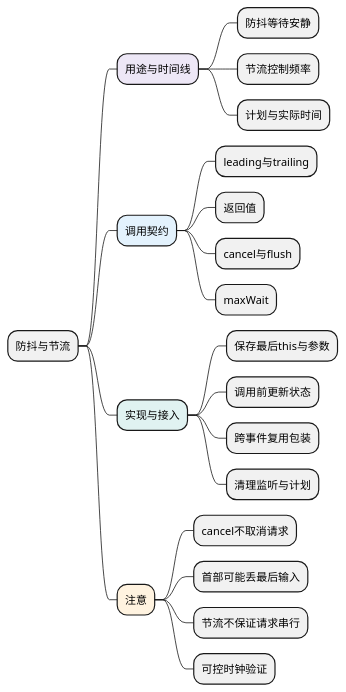
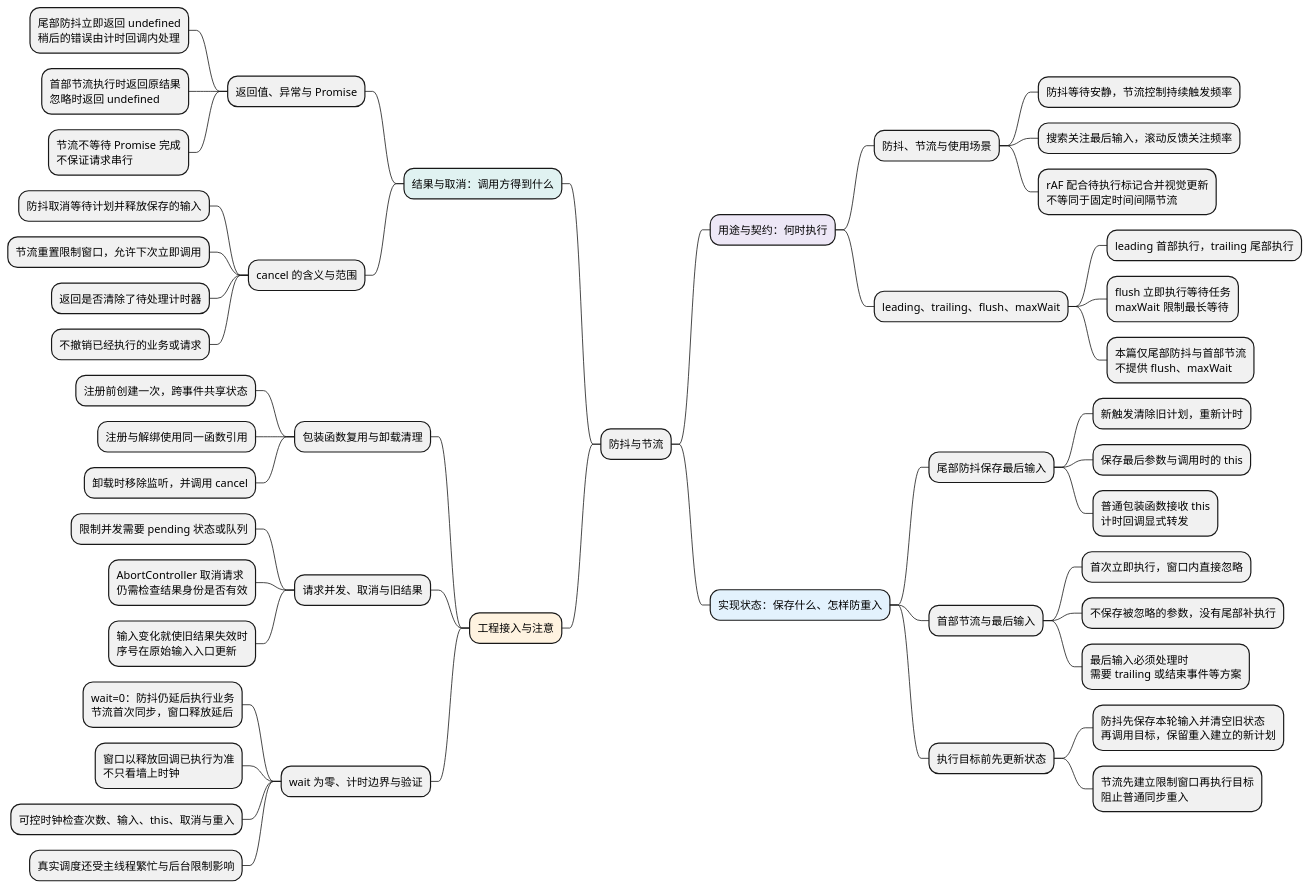
One commit to chenx18/JAVA changed the diagram in docs/AI前端全栈教材/01_JavaScript/05_模块化与浏览器实践/examples/c22-mindmap.puml. Above: the diagram before and after it, drawn with PlantUML. The commit also changed 38 other files, not shown here.

Commit message:
docs: 补充 JavaScript 知识点导图与面试复习总结

```diff
--- a/docs/AI前端全栈教材/01_JavaScript/05_模块化与浏览器实践/examples/c22-mindmap.puml
+++ b/docs/AI前端全栈教材/01_JavaScript/05_模块化与浏览器实践/examples/c22-mindmap.puml
@@ -1,29 +1,56 @@
 @startmindmap
 skinparam defaultFontName Microsoft YaHei
 skinparam defaultFontSize 14
 skinparam dpi 100
 skinparam backgroundColor white
 skinparam shadowing false
 
 * 防抖与节流
-**[#EDE7F6] 用途与时间线
-*** 防抖等待安静
-*** 节流控制频率
-*** 计划与实际时间
-**[#E3F2FD] 调用契约
-*** leading与trailing
-*** 返回值
-*** cancel与flush
-*** maxWait
-**[#E0F2F1] 实现与接入
-*** 保存最后this与参数
-*** 调用前更新状态
-*** 跨事件复用包装
-*** 清理监听与计划
-**[#FFF3E0] 注意
-*** cancel不取消请求
-*** 首部可能丢最后输入
-*** 节流不保证请求串行
-*** 可控时钟验证
+**[#EDE7F6] 用途与契约：何时执行
+*** 防抖、节流与使用场景
+**** 防抖等待安静，节流控制持续触发频率
+**** 搜索关注最后输入，滚动反馈关注频率
+**** rAF 配合待执行标记合并视觉更新\n不等同于固定时间间隔节流
+*** leading、trailing、flush、maxWait
+**** leading 首部执行，trailing 尾部执行
+**** flush 立即执行等待任务\nmaxWait 限制最长等待
+**** 本篇仅尾部防抖与首部节流\n不提供 flush、maxWait
+**[#E3F2FD] 实现状态：保存什么、怎样防重入
+*** 尾部防抖保存最后输入
+**** 新触发清除旧计划，重新计时
+**** 保存最后参数与调用时的 this
+**** 普通包装函数接收 this\n计时回调显式转发
+*** 首部节流与最后输入
+**** 首次立即执行，窗口内直接忽略
+**** 不保存被忽略的参数，没有尾部补执行
+**** 最后输入必须处理时\n需要 trailing 或结束事件等方案
+*** 执行目标前先更新状态
+**** 防抖先保存本轮输入并清空旧状态\n再调用目标，保留重入建立的新计划
+**** 节流先建立限制窗口再执行目标\n阻止普通同步重入
+left side
+**[#E0F2F1] 结果与取消：调用方得到什么
+*** 返回值、异常与 Promise
+**** 尾部防抖立即返回 undefined\n稍后的错误由计时回调内处理
+**** 首部节流执行时返回原结果\n忽略时返回 undefined
+**** 节流不等待 Promise 完成\n不保证请求串行
+*** cancel 的含义与范围
+**** 防抖取消等待计划并释放保存的输入
+**** 节流重置限制窗口，允许下次立即调用
+**** 返回是否清除了待处理计时器
+**** 不撤销已经执行的业务或请求
+**[#FFF3E0] 工程接入与注意
+*** 包装函数复用与卸载清理
+**** 注册前创建一次，跨事件共享状态
+**** 注册与解绑使用同一函数引用
+**** 卸载时移除监听，并调用 cancel
+*** 请求并发、取消与旧结果
+**** 限制并发需要 pending 状态或队列
+**** AbortController 取消请求\n仍需检查结果身份是否有效
+**** 输入变化就使旧结果失效时\n序号在原始输入入口更新
+*** wait 为零、计时边界与验证
+**** wait=0：防抖仍延后执行业务\n节流首次同步，窗口释放延后
+**** 窗口以释放回调已执行为准\n不只看墙上时钟
+**** 可控时钟检查次数、输入、this、取消与重入
+**** 真实调度还受主线程繁忙与后台限制影响
 
 @endmindmap
```
